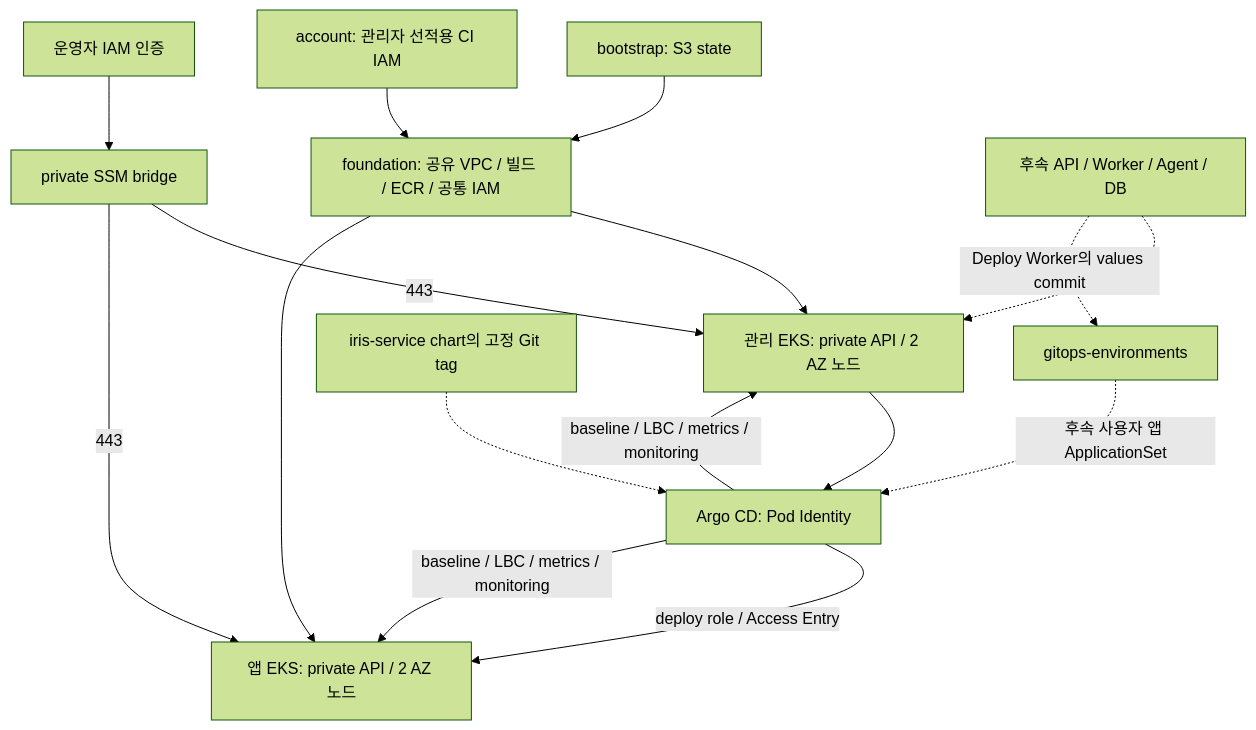
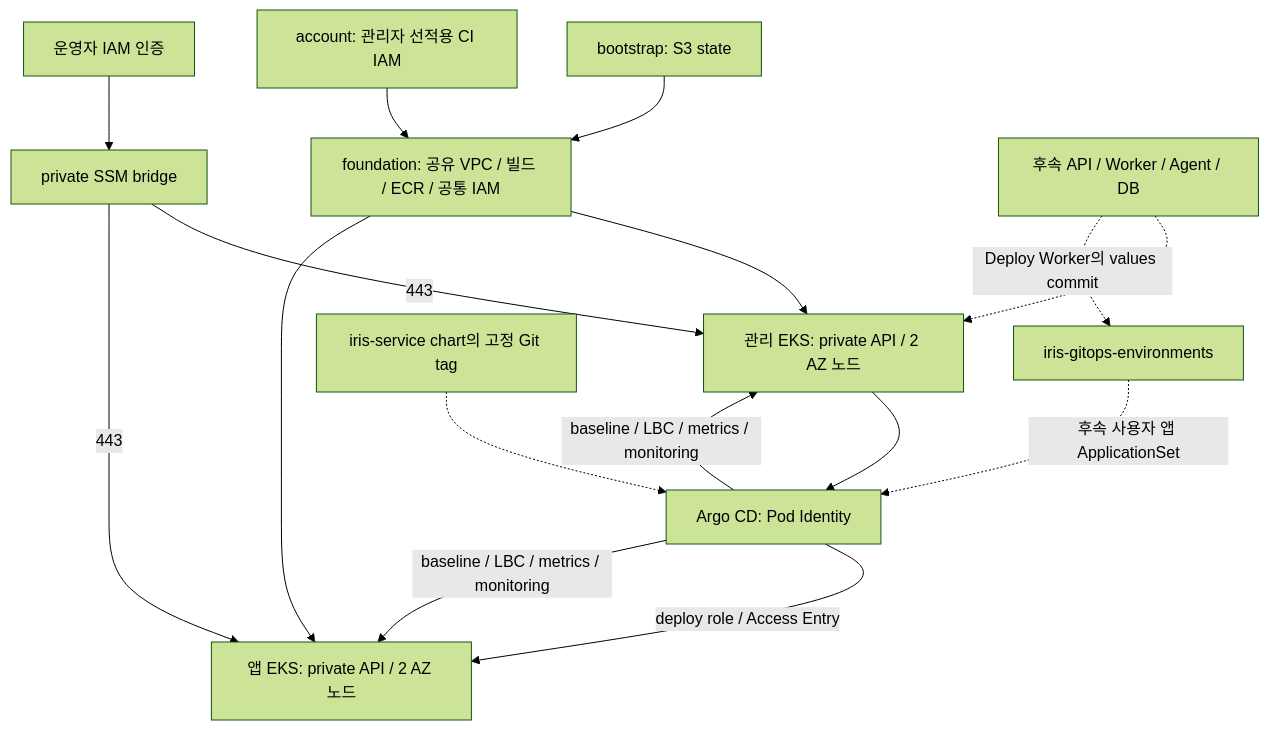
One commit to 2026-softbank-1/iris-infra changed the diagram in docs/architecture.md. Above: the diagram before and after it, drawn with Mermaid (forest theme). The commit also changed other lines of this file and 9 other files, not shown here.

````diff
--- a/docs/architecture.md
+++ b/docs/architecture.md
@@ -5,18 +5,18 @@
 ```mermaid
 flowchart TD
   S[bootstrap: S3 state] --> F[foundation: 공유 VPC / 빌드 / ECR / 공통 IAM]
   A[account: 관리자 선적용 CI IAM] --> F
   F --> M[관리 EKS: private API / 2 AZ 노드]
   F --> W[앱 EKS: private API / 2 AZ 노드]
   O[운영자 IAM 인증] --> B[private SSM bridge]
   B -->|443| M
   B -->|443| W
   M --> G[Argo CD: Pod Identity]
   G -->|deploy role / Access Entry| W
   G -->|baseline / LBC / metrics / monitoring| M
   G -->|baseline / LBC / metrics / monitoring| W
   P[후속 API / Worker / Agent / DB] -.-> M
-  P -.->|Deploy Worker의 values commit| V[gitops-environments]
+  P -.->|Deploy Worker의 values commit| V[iris-gitops-environments]
   C[iris-service chart의 고정 Git tag] -.-> G
   V -.->|후속 사용자 앱 ApplicationSet| G
 ```
````
